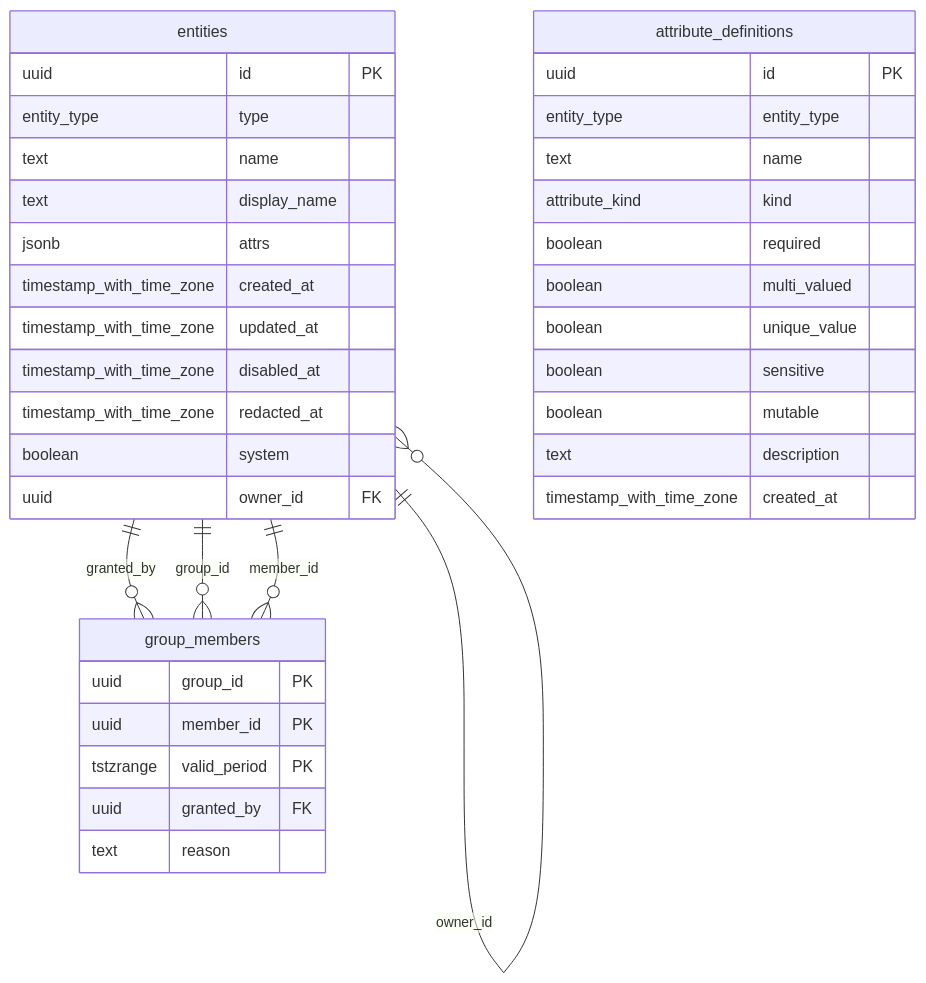
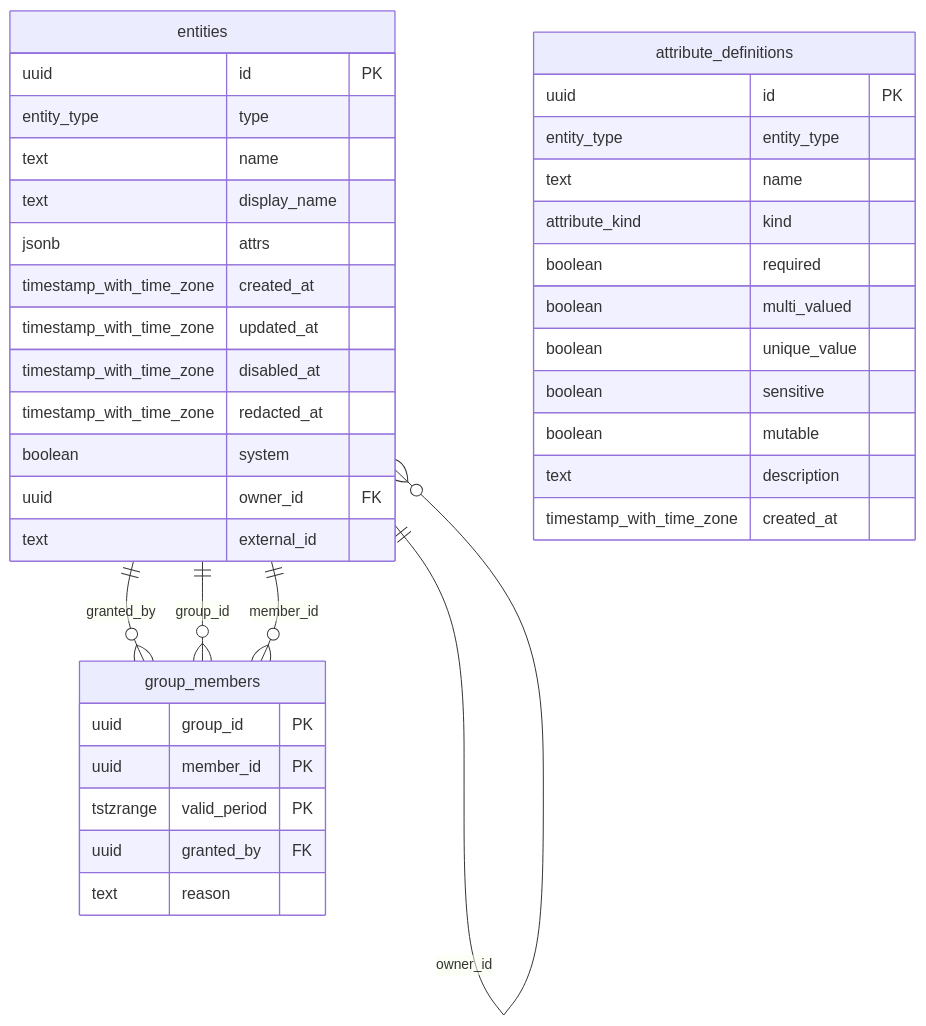
Before and after one commit to Londer-Org/Cardinal: the first of 7 diagrams in docs/schema.md, drawn with Mermaid. The commit also changed other lines of this file and 2 other files, not shown here.

````diff
--- a/docs/schema.md
+++ b/docs/schema.md
@@ -29,40 +29,41 @@
 ```mermaid
 erDiagram
     entities {
         uuid id PK
         entity_type type
         text name
         text display_name
         jsonb attrs
         timestamp_with_time_zone created_at
         timestamp_with_time_zone updated_at
         timestamp_with_time_zone disabled_at
         timestamp_with_time_zone redacted_at
         boolean system
         uuid owner_id FK
+        text external_id
     }
     group_members {
         uuid group_id PK
         uuid member_id PK
         tstzrange valid_period PK
         uuid granted_by FK
         text reason
     }
     attribute_definitions {
         uuid id PK
         entity_type entity_type
         text name
         attribute_kind kind
         boolean required
         boolean multi_valued
         boolean unique_value
         boolean sensitive
         boolean mutable
         text description
         timestamp_with_time_zone created_at
     }
     entities ||--o{ entities : owner_id
     entities ||--o{ group_members : granted_by
     entities ||--o{ group_members : group_id
     entities ||--o{ group_members : member_id
 ```
````
